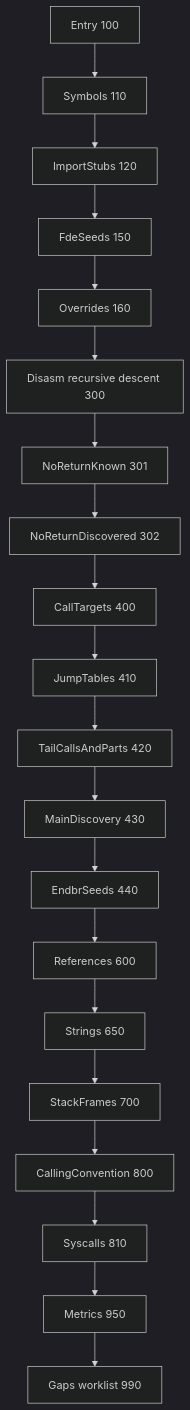
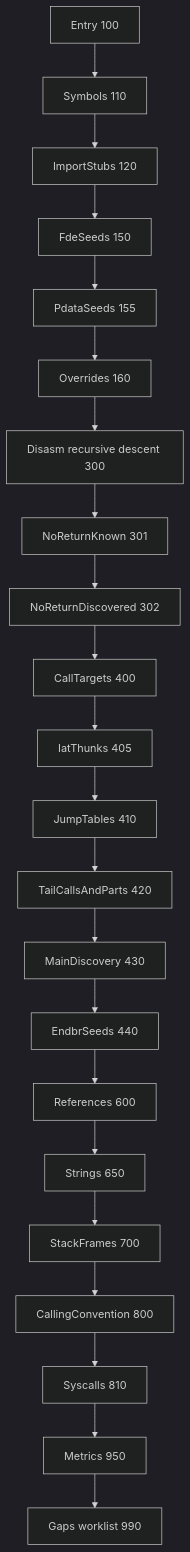
Before and after one commit to madmax983/ghidorah: the fifth of 8 diagrams in docs/design.md, drawn with Mermaid (dark theme). The commit also changed other lines of this file and 13 other files, not shown here.

````diff
--- a/docs/design.md
+++ b/docs/design.md
@@ -885,22 +989,24 @@
 ```mermaid
 flowchart TD
   A[Entry 100] --> B[Symbols 110]
   B --> C[ImportStubs 120]
   C --> D[FdeSeeds 150]
-  D --> OV[Overrides 160]
+  D --> PD[PdataSeeds 155]
+  PD --> OV[Overrides 160]
   OV --> E[Disasm recursive descent 300]
   E --> F[NoReturnKnown 301]
   F --> G[NoReturnDiscovered 302]
   G --> H[CallTargets 400]
-  H --> I[JumpTables 410]
+  H --> IT[IatThunks 405]
+  IT --> I[JumpTables 410]
   I --> J[TailCallsAndParts 420]
   J --> K[MainDiscovery 430]
   K --> L[EndbrSeeds 440]
   L --> M[References 600]
   M --> N[Strings 650]
   N --> O[StackFrames 700]
   O --> P[CallingConvention 800]
   P --> Q[Syscalls 810]
   Q --> S[Metrics 950]
   S --> T[Gaps worklist 990]
 ```
````
